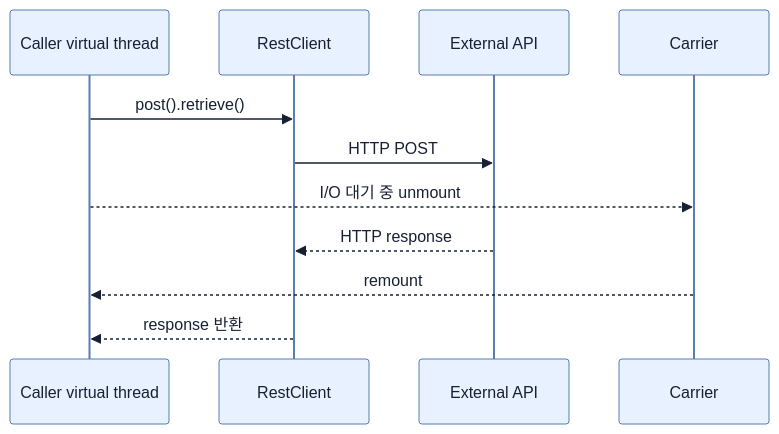
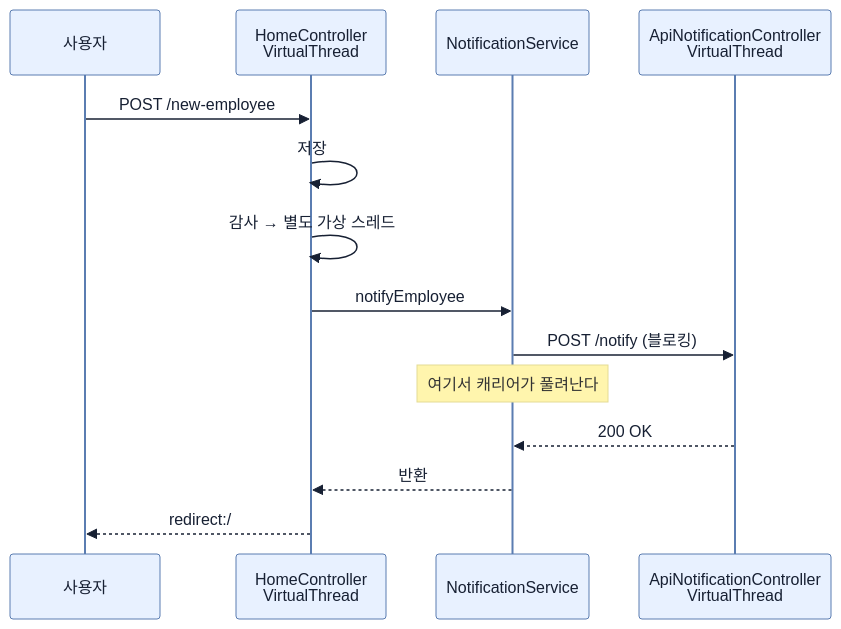
One commit to sing-u8/Learning_Spring_Boot_4 changed the third of 3 diagrams in spring-boot-4-pdf-notes/part-4-scaling-an-application-with-spring-boot/chapter-11-virtual-threads-in-java-and-spring-boot/04-using-virtual-threads-with-restclient.md. Above: the diagram before and after it, drawn with Mermaid. The commit also changed other lines of this file and 253 other files, not shown here.

````diff
--- a/spring-boot-4-pdf-notes/part-4-scaling-an-application-with-spring-boot/chapter-11-virtual-threads-in-java-and-spring-boot/04-using-virtual-threads-with-restclient.md
+++ b/spring-boot-4-pdf-notes/part-4-scaling-an-application-with-spring-boot/chapter-11-virtual-threads-in-java-and-spring-boot/04-using-virtual-threads-with-restclient.md
@@ -40,14 +210,17 @@
 ```mermaid
 %%{init: {'theme': 'base', 'themeVariables': {'background': '#ffffff', 'primaryColor': '#e8f1ff', 'primaryTextColor': '#172033', 'primaryBorderColor': '#5b7db1', 'lineColor': '#52647a', 'secondaryColor': '#f7fbff', 'tertiaryColor': '#fff7df'}}}%%
 sequenceDiagram
-    participant V as Caller virtual thread
-    participant R as RestClient
-    participant X as External API
-    participant C as Carrier
-    V->>R: post().retrieve()
-    R->>X: HTTP POST
-    V-->>C: I/O 대기 중 unmount
-    X-->>R: HTTP response
-    C-->>V: remount
-    R-->>V: response 반환
+    participant U as 사용자
+    participant C as HomeController<br/>VirtualThread #71
+    participant N as NotificationService
+    participant A as ApiNotificationController<br/>VirtualThread #72
+    U->>C: POST /new-employee
+    C->>C: 저장
+    C->>C: 감사 → 별도 가상 스레드
+    C->>N: notifyEmployee
+    N->>A: POST /notify (블로킹)
+    Note over N: 여기서 캐리어가 풀려난다
+    A-->>N: 200 OK
+    N-->>C: 반환
+    C-->>U: redirect:/
 ```
````
